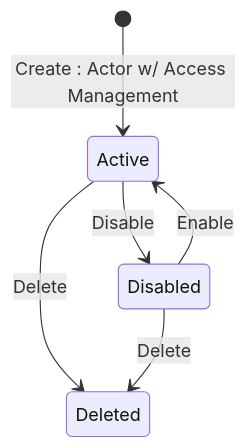
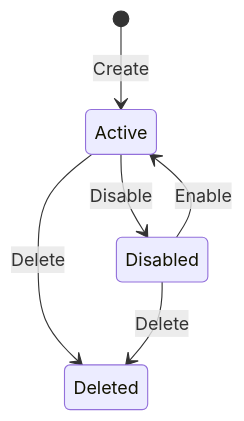
One commit to mikhailtchesnokov/gitbook changed the diagram in developer-resources/rest-api/accounts-api/apitoken/state-diagram.md. Above: the diagram before and after it, drawn with Mermaid. The commit also changed 151 other files, not shown here.

````diff
--- a/developer-resources/rest-api/accounts-api/apitoken/state-diagram.md
+++ b/developer-resources/rest-api/accounts-api/apitoken/state-diagram.md
@@ -13,8 +13,8 @@
 ```mermaid
 stateDiagram-v2
-    [*] --> Active : Create : Actor w/ Access Management
+    [*] --> Active : Create
     Active --> Disabled : Disable
     Disabled --> Active : Enable
     Active --> Deleted : Delete
     Disabled --> Deleted : Delete
 ```
````
